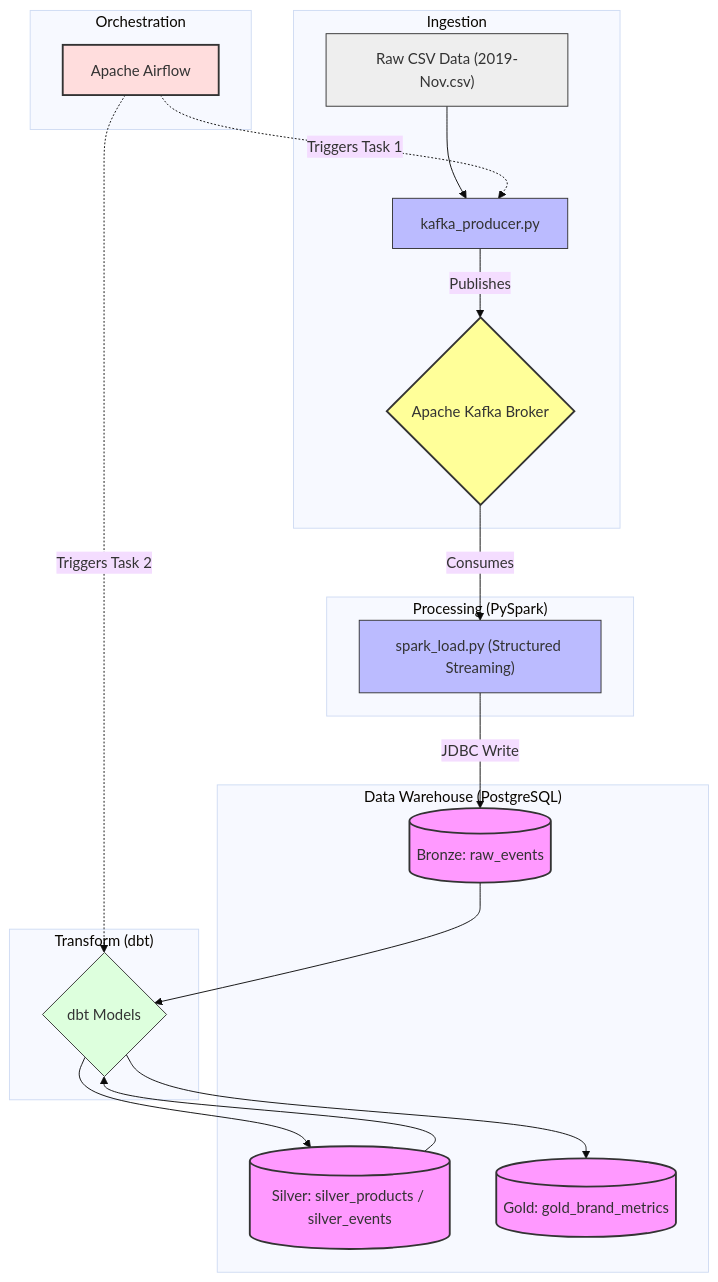
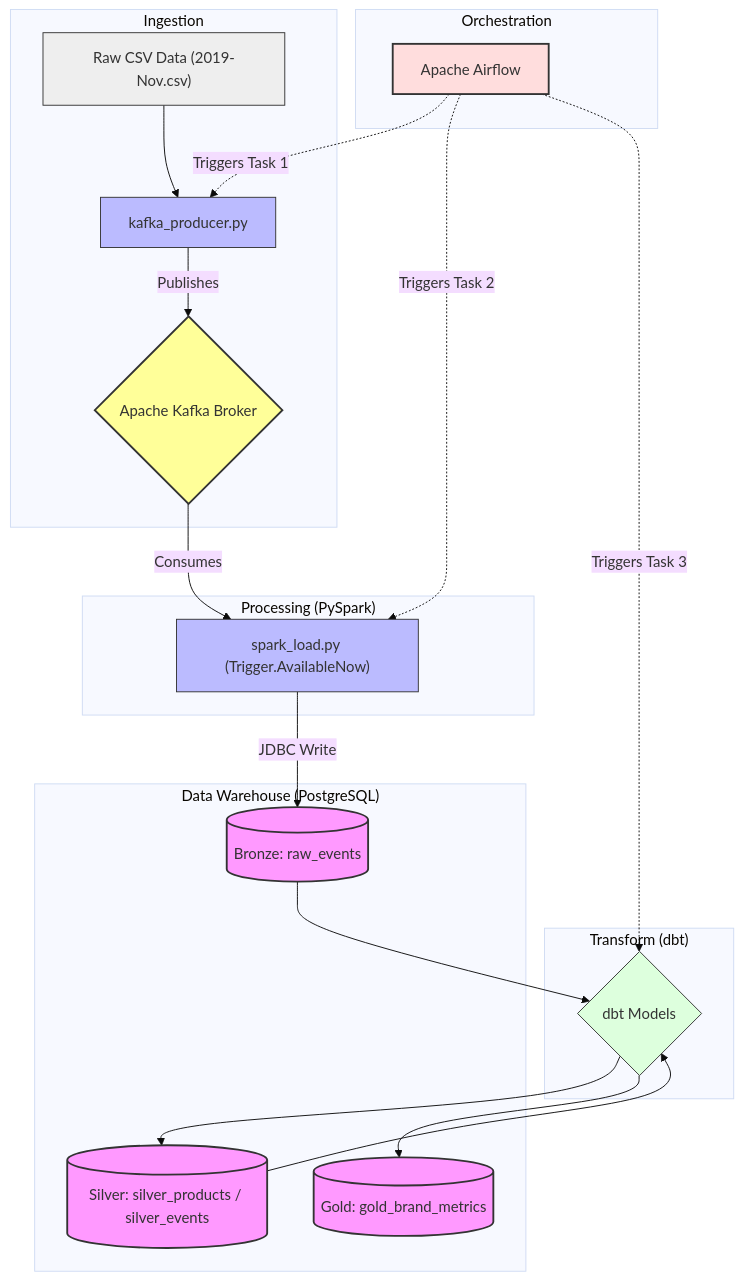
Before and after one commit to Dzidek01/BGD_3: the diagram in README.md, drawn with Mermaid (base theme). The commit also changed other lines of this file, not shown here.

````diff
--- a/README.md
+++ b/README.md
@@ -35,60 +35,62 @@
 ```mermaid
 graph TD
     %% Orchestration
     subgraph Orchestration ["Orchestration"]
         Airflow[Apache Airflow]
     end
 
     %% Data Source & Ingestion
     subgraph Data_Ingestion ["Ingestion"]
         CSV["Raw CSV Data (2019-Nov.csv)"]
         KafkaProducer[kafka_producer.py]
         KafkaBroker{"Apache Kafka Broker"}
     end
 
     %% Stream Processing
     subgraph Stream_Processing ["Processing (PySpark)"]
-        SparkStream["spark_load.py (Structured Streaming)"]
+        SparkStream["spark_load.py (Trigger.AvailableNow)"]
     end
 
     %% Data Warehouse
     subgraph Data_Warehouse_Postgres ["Data Warehouse (PostgreSQL)"]
         Bronze[("Bronze: raw_events")]
         Silver[("Silver: silver_products / silver_events")]
         Gold[("Gold: gold_brand_metrics")]
     end
 
     %% dbt Transformation
     subgraph Transform_dbt ["Transform (dbt)"]
         dbtModels{dbt Models}
     end
 
     %% Data Flow
     CSV --> KafkaProducer
     KafkaProducer -->|Publishes| KafkaBroker
     KafkaBroker -->|Consumes| SparkStream
     SparkStream -->|JDBC Write| Bronze
 
     Bronze --> dbtModels
     dbtModels --> Silver
     Silver --> dbtModels
     dbtModels --> Gold
 
+    %% Orchestration Triggers
     Airflow -.->|Triggers Task 1| KafkaProducer
-    Airflow -.->|Triggers Task 2| dbtModels
+    Airflow -.->|Triggers Task 2| SparkStream
+    Airflow -.->|Triggers Task 3| dbtModels
 
     %% Styling
     classDef dbStyle fill:#f9f,stroke:#333,stroke-width:2px;
     classDef scriptStyle fill:#bbf,stroke:#333,stroke-width:1px;
     classDef modelStyle fill:#dfd,stroke:#333,stroke-width:1px;
     classDef dataStyle fill:#eee,stroke:#333,stroke-width:1px;
     classDef messagingStyle fill:#ff9,stroke:#333,stroke-width:2px;
     classDef orchStyle fill:#fdd,stroke:#333,stroke-width:2px;
 
     class Bronze,Silver,Gold dbStyle;
     class KafkaProducer,SparkStream scriptStyle;
     class dbtModels modelStyle;
     class CSV dataStyle;
     class KafkaBroker messagingStyle;
     class Airflow orchStyle;
 ```
````
